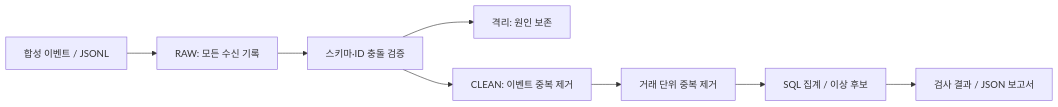
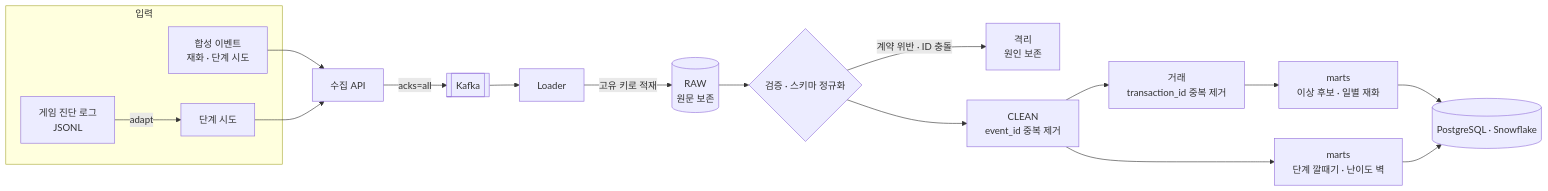
One commit to Llernandez/game-log-pipeline changed the diagram in README.md. Above: the diagram before and after it, drawn with Mermaid. The commit also changed other lines of this file and 11 other files, not shown here.

Commit message:
Polish docs wording, refresh README visuals and architecture diagram

````diff
--- a/README.md
+++ b/README.md
@@ -64,10 +66,19 @@
 ```mermaid
 flowchart LR
-  G[합성 이벤트 / JSONL] --> R[RAW: 모든 수신 기록]
-  R --> V[스키마·ID 충돌 검증]
-  V --> Q[격리: 원인 보존]
-  V --> C[CLEAN: 이벤트 중복 제거]
-  C --> T[거래 단위 중복 제거]
-  T --> M[SQL 집계 / 이상 후보]
-  M --> O[검사 결과 / JSON 보고서]
+  subgraph IN[입력]
+    S[합성 이벤트<br/>재화 · 단계 시도]
+    D[게임 진단 로그<br/>JSONL] -->|adapt| A[단계 시도]
+  end
+  S --> API[수집 API]
+  A --> API
+  API -->|acks=all| K[[Kafka]]
+  K --> L[Loader] -->|고유 키로 적재| R[(RAW<br/>원문 보존)]
+  R --> V{검증 · 스키마 정규화}
+  V -->|계약 위반 · ID 충돌| Q[격리<br/>원인 보존]
+  V --> E[CLEAN<br/>event_id 중복 제거]
+  E --> T[거래<br/>transaction_id 중복 제거]
+  T --> M[marts<br/>이상 후보 · 일별 재화]
+  E --> F[marts<br/>단계 깔때기 · 난이도 벽]
+  M --> W[(PostgreSQL · Snowflake)]
+  F --> W
 ```
````
